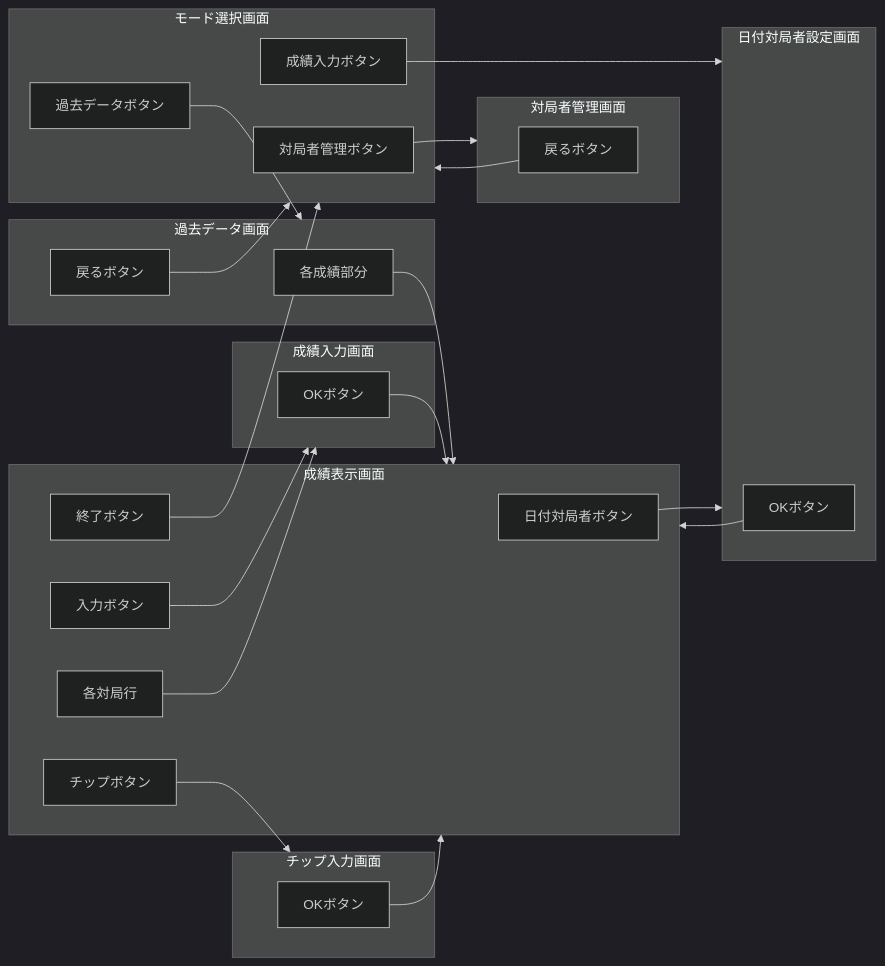
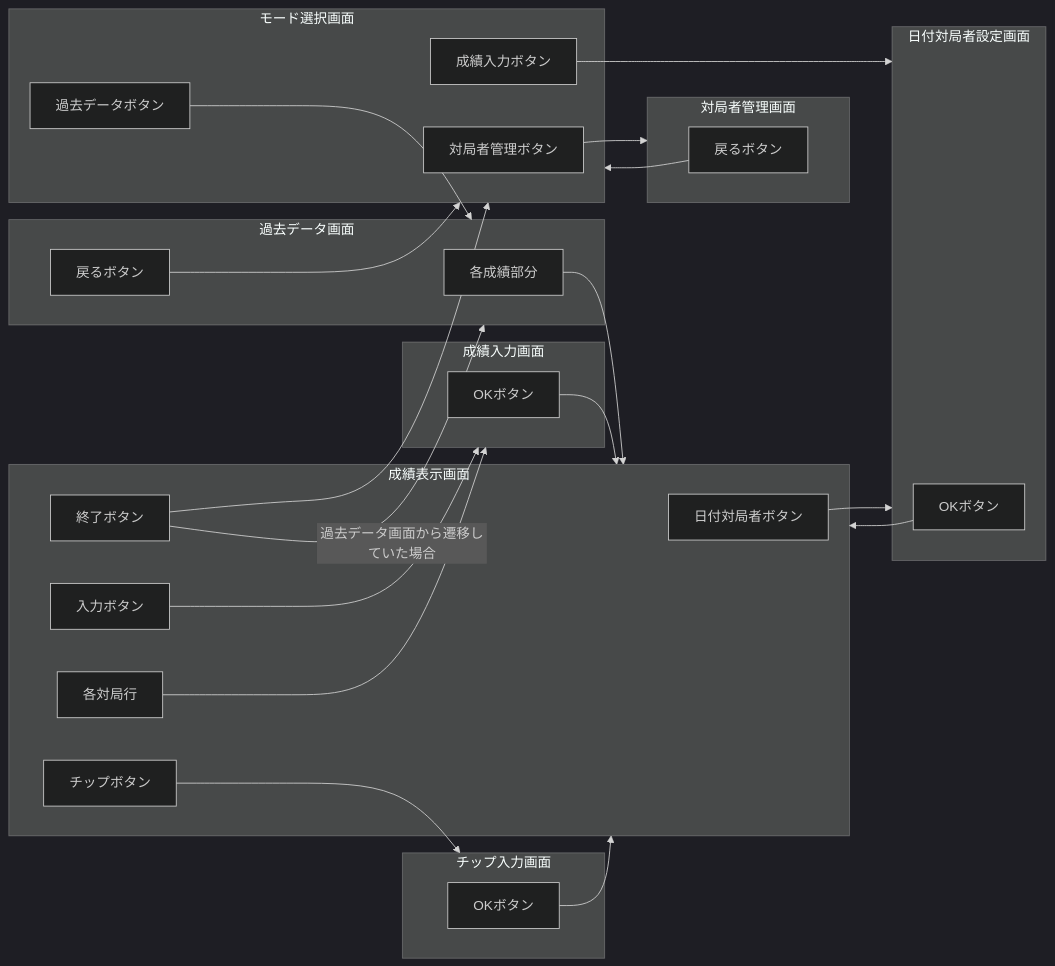
One commit to kongou71905/fs-test-app changed the diagram in docs/05a-flow.md. Above: the diagram before and after it, drawn with Mermaid (dark theme).

````diff
--- a/docs/05a-flow.md
+++ b/docs/05a-flow.md
@@ -2,52 +2,53 @@
 ```mermaid
 flowchart LR
 	subgraph 01-top[モード選択画面]
         A[対局者管理ボタン]
         B[過去データボタン]
         C[成績入力ボタン]
     end
 	
 	subgraph 02-kanri[対局者管理画面]
         D[戻るボタン]
     end
     
     subgraph 03-Data[過去データ画面]
         E[各成績部分]
         F[戻るボタン]
     end
     
     subgraph 04-set[日付対局者設定画面]
         G[OKボタン]
     end
     
     subgraph 05-view[成績表示画面]
         H[日付対局者ボタン]
         i[入力ボタン]
         J[各対局行]
         K[チップボタン]
         L[終了ボタン]
     end
     
     subgraph 06-input[成績入力画面]
         M[OKボタン]
     end
     
     subgraph 07-chip[チップ入力画面]
         N[OKボタン]
     end
     
     A --> 02-kanri
     B --> 03-Data
     C --> 04-set
     D --> 01-top
     E --> 05-view
     F --> 01-top
     G --> 05-view
     H --> 04-set
     L --> 01-top
+	L -- 過去データ画面から遷移していた場合 --> 03-Data
     i --> 06-input
     J --> 06-input
     M --> 05-view
     K --> 07-chip
     N --> 05-view
 ```
````
